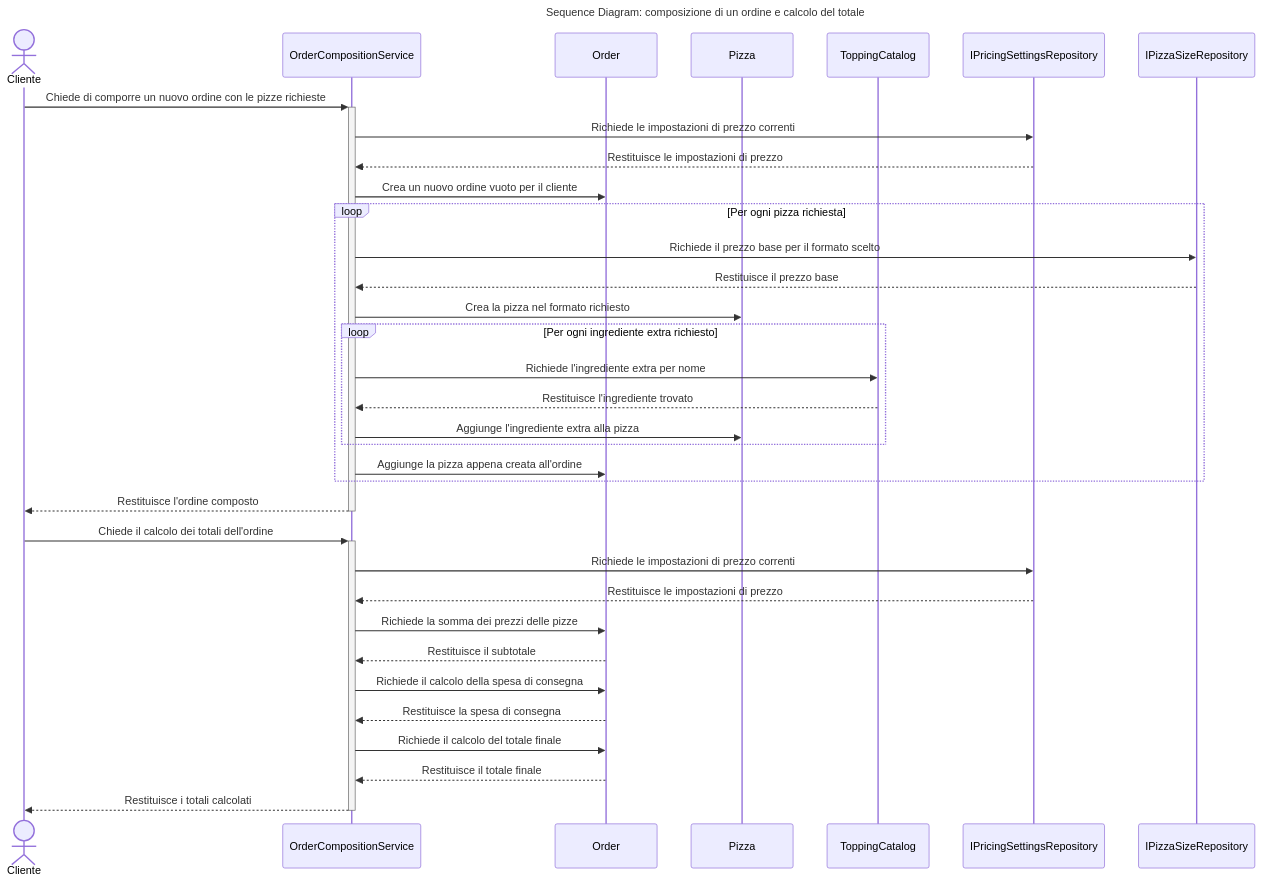
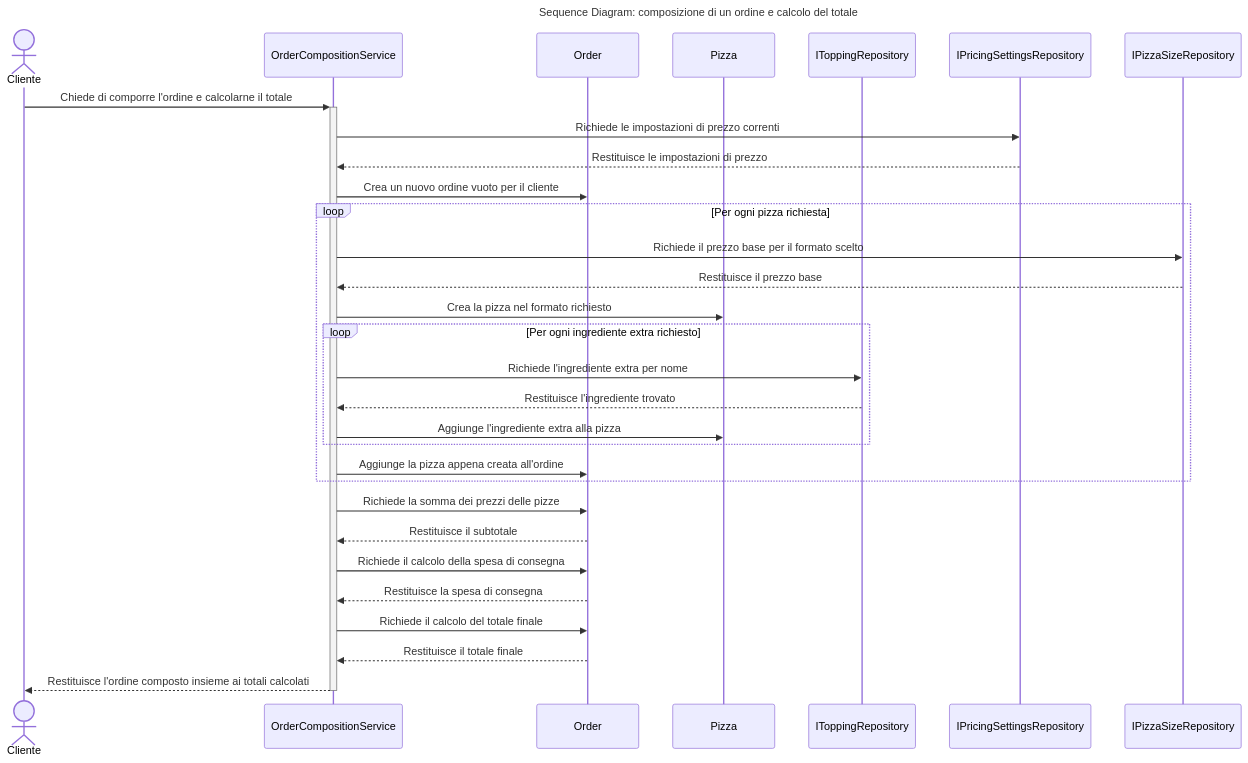
The diagram in docs/c4-model/05-sequence-diagram.md (Timon-code95/PizzaShop), drawn with Mermaid before and after one commit. The commit also changed other lines of this file and 11 other files, not shown here.

Commit message:
Modifiche alla gestione dei topping e varie modifiche in vari schemi

````diff
--- a/docs/c4-model/05-sequence-diagram.md
+++ b/docs/c4-model/05-sequence-diagram.md
@@ -12,44 +12,40 @@
 ```mermaid
 ---
 title: "Sequence Diagram: composizione di un ordine e calcolo del totale"
 ---
 sequenceDiagram
 	actor Cliente
 	participant OrderCompositionService
 	participant Order
 	participant Pizza
-	participant ToppingCatalog
+	participant ToppingRepository as IToppingRepository
 	participant PricingSettingsRepository as IPricingSettingsRepository
 	participant PizzaSizeRepository as IPizzaSizeRepository
 
-	Cliente->>+OrderCompositionService: Chiede di comporre un nuovo ordine con le pizze richieste
+	Cliente->>+OrderCompositionService: Chiede di comporre l'ordine e calcolarne il totale
 	OrderCompositionService->>PricingSettingsRepository: Richiede le impostazioni di prezzo correnti
 	PricingSettingsRepository-->>OrderCompositionService: Restituisce le impostazioni di prezzo
 	OrderCompositionService->>Order: Crea un nuovo ordine vuoto per il cliente
 
 	loop Per ogni pizza richiesta
 		OrderCompositionService->>PizzaSizeRepository: Richiede il prezzo base per il formato scelto
 		PizzaSizeRepository-->>OrderCompositionService: Restituisce il prezzo base
 		OrderCompositionService->>Pizza: Crea la pizza nel formato richiesto
 		loop Per ogni ingrediente extra richiesto
-			OrderCompositionService->>ToppingCatalog: Richiede l'ingrediente extra per nome
-			ToppingCatalog-->>OrderCompositionService: Restituisce l'ingrediente trovato
+			OrderCompositionService->>ToppingRepository: Richiede l'ingrediente extra per nome
+			ToppingRepository-->>OrderCompositionService: Restituisce l'ingrediente trovato
 			OrderCompositionService->>Pizza: Aggiunge l'ingrediente extra alla pizza
 		end
 		OrderCompositionService->>Order: Aggiunge la pizza appena creata all'ordine
 	end
 
-	OrderCompositionService-->>-Cliente: Restituisce l'ordine composto
-
-	Cliente->>+OrderCompositionService: Chiede il calcolo dei totali dell'ordine
-	OrderCompositionService->>PricingSettingsRepository: Richiede le impostazioni di prezzo correnti
-	PricingSettingsRepository-->>OrderCompositionService: Restituisce le impostazioni di prezzo
 	OrderCompositionService->>Order: Richiede la somma dei prezzi delle pizze
 	Order-->>OrderCompositionService: Restituisce il subtotale
 	OrderCompositionService->>Order: Richiede il calcolo della spesa di consegna
 	Order-->>OrderCompositionService: Restituisce la spesa di consegna
 	OrderCompositionService->>Order: Richiede il calcolo del totale finale
 	Order-->>OrderCompositionService: Restituisce il totale finale
 
-	OrderCompositionService-->>-Cliente: Restituisce i totali calcolati
+	OrderCompositionService-->>-Cliente: Restituisce l'ordine composto insieme ai totali calcolati
+
 ```
````
